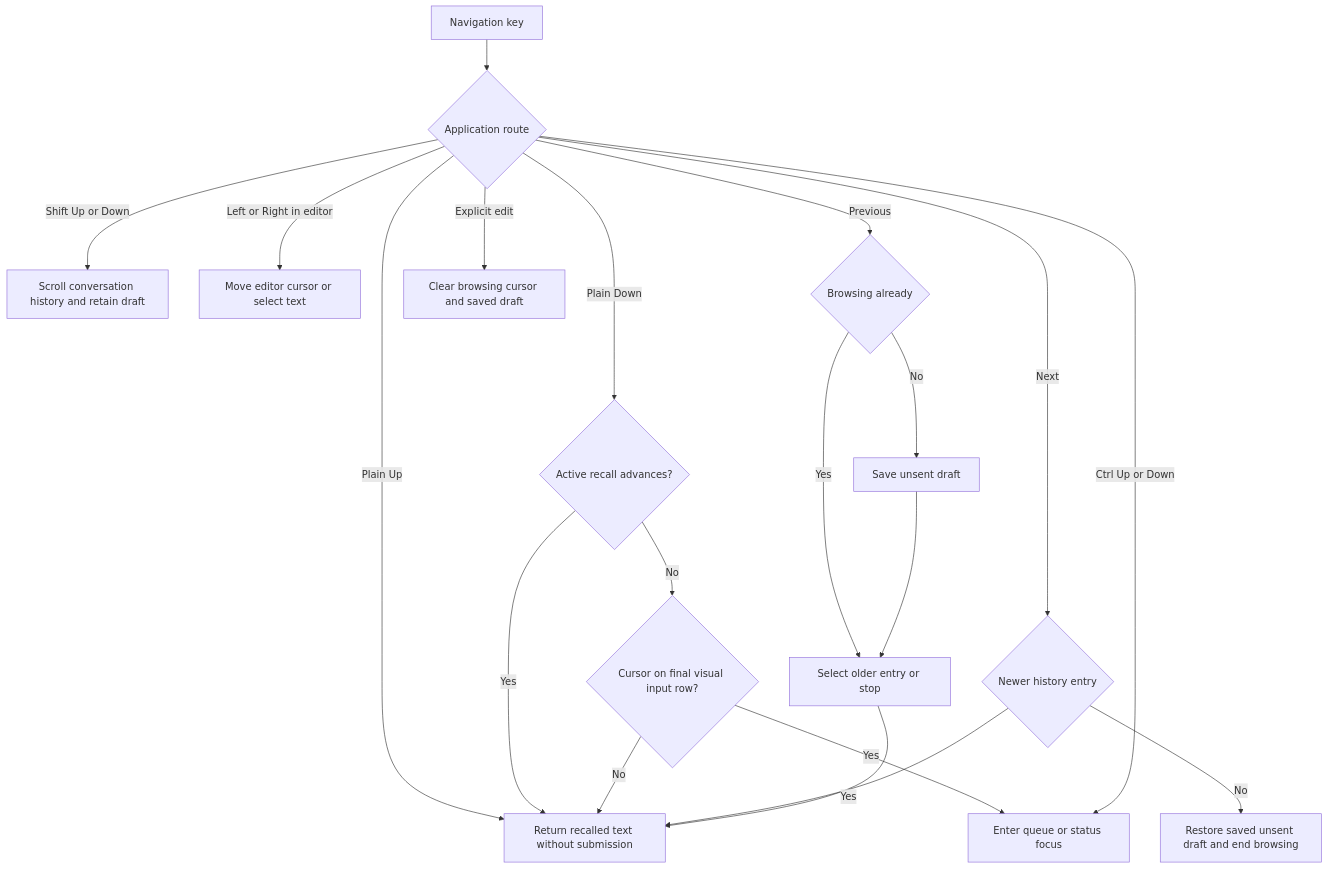
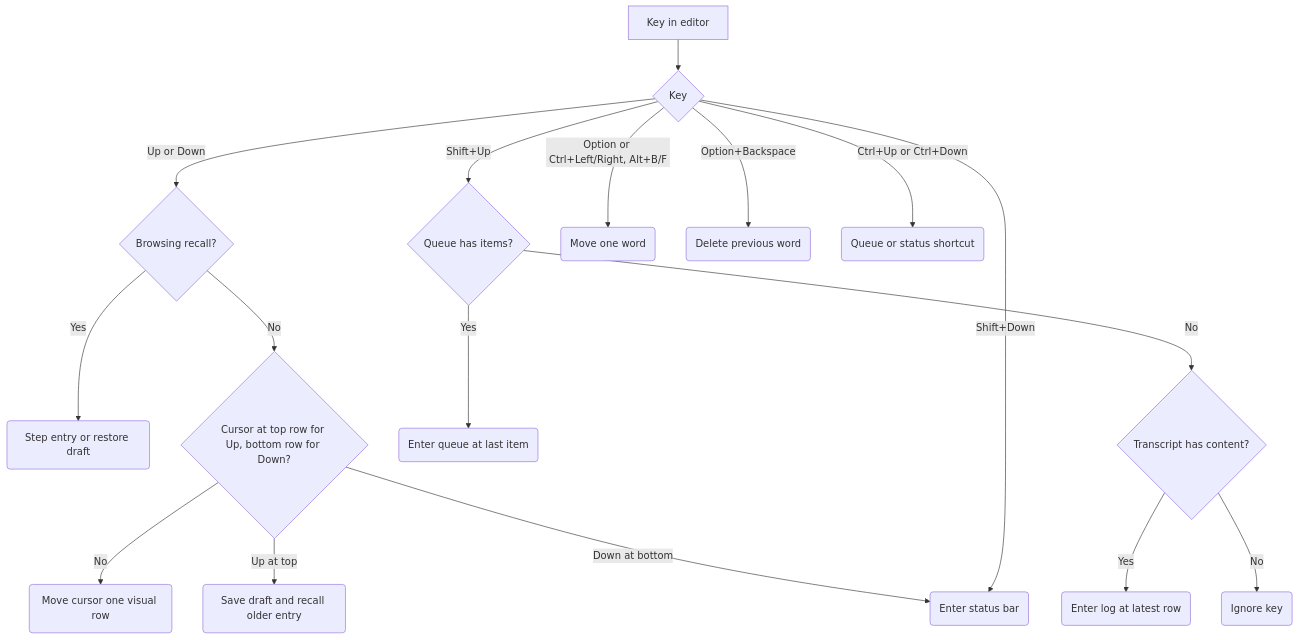
One commit to pidster/asura changed the first of 2 diagrams in docs/designs/composer-editor-navigation.md. Above: the diagram before and after it, drawn with Mermaid. The commit also changed other lines of this file and 8 other files, not shown here.

First line of the commit message:
Add draft row and word movement and a Shift focus chain

````diff
--- a/docs/designs/composer-editor-navigation.md
+++ b/docs/designs/composer-editor-navigation.md
@@ -30,22 +71,19 @@
 ```mermaid
 flowchart TD
-    Key[Navigation key] --> Route{Application route}
-    Route -->|Plain Up| Recall[Recall input or restore saved draft]
-    Route -->|Plain Down| Next{Active recall advances?}
-    Next -->|Yes| Recall
-    Next -->|No| Bottom{Cursor on final visual input row?}
-    Bottom -->|Yes| Focus
-    Bottom -->|No| Recall
-    Route -->|Shift Up or Down| Scroll[Scroll conversation history and retain draft]
-    Route -->|Ctrl Up or Down| Focus[Enter queue or status focus]
-    Route -->|Left or Right in editor| Edit[Move editor cursor or select text]
-    Route -->|Previous| Saved{Browsing already}
-    Saved -->|No| Save[Save unsent draft]
-    Saved -->|Yes| Older[Select older entry or stop]
-    Save --> Older
-    Route -->|Next| Newer{Newer history entry}
-    Newer -->|Yes| Recall[Return recalled text without submission]
-    Newer -->|No| Restore[Restore saved unsent draft and end browsing]
-    Older --> Recall
-    Route -->|Explicit edit| Reset[Clear browsing cursor and saved draft]
+    Key[Key in editor] --> Kind{Key}
+    Kind -->|Up or Down| Browsing{Browsing recall?}
+    Browsing -->|Yes| Step(Step entry or restore draft)
+    Browsing -->|No| Edge{Cursor at top row for Up, bottom row for Down?}
+    Edge -->|No| Row(Move cursor one visual row)
+    Edge -->|Up at top| Recall(Save draft and recall older entry)
+    Edge -->|Down at bottom| Status(Enter status bar)
+    Kind -->|Shift+Up| Queue{Queue has items?}
+    Queue -->|Yes| QueueFocus(Enter queue at last item)
+    Queue -->|No| Log{Transcript has content?}
+    Log -->|Yes| LogFocus(Enter log at latest row)
+    Log -->|No| Ignore(Ignore key)
+    Kind -->|Shift+Down| Status
+    Kind -->|Option or Ctrl+Left/Right, Alt+B/F| Word(Move one word)
+    Kind -->|Option+Backspace| Delete(Delete previous word)
+    Kind -->|Ctrl+Up or Ctrl+Down| Shortcut(Queue or status shortcut)
 ```
````
